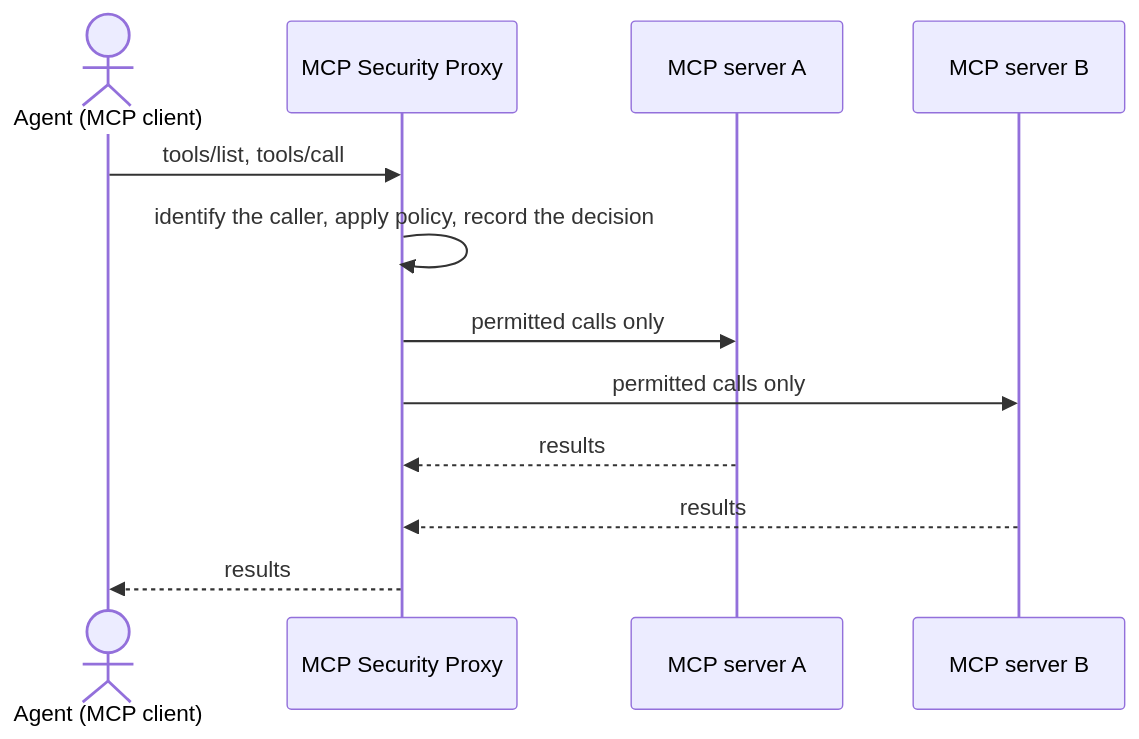
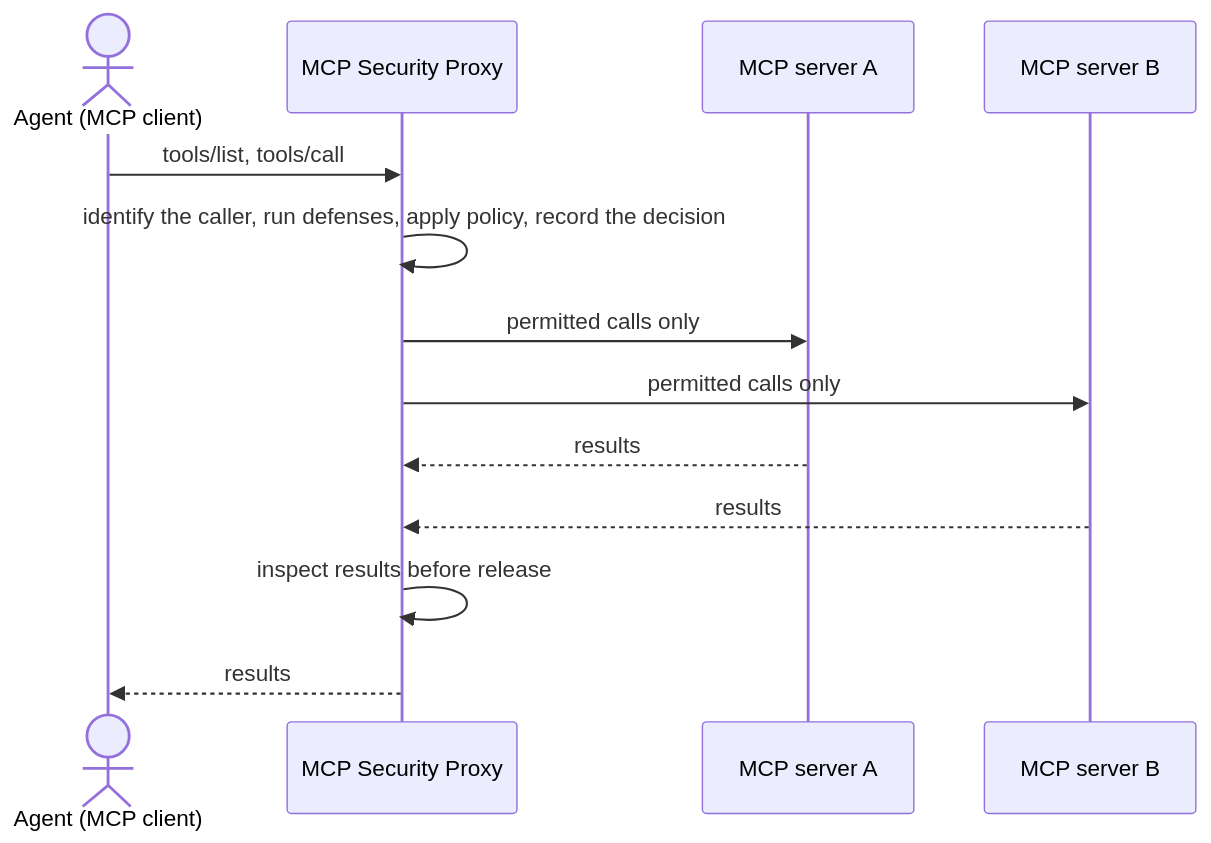
Before and after one commit to taha-kahya/mcp-security-proxy: the diagram in docs/index.md, drawn with Mermaid. The commit also changed other lines of this file and 4 other files, not shown here.

````diff
--- a/docs/index.md
+++ b/docs/index.md
@@ -7,15 +7,16 @@
 ```mermaid
 sequenceDiagram
     actor A as Agent (MCP client)
     participant P as MCP Security Proxy
     participant S1 as MCP server A
     participant S2 as MCP server B
 
     A->>P: tools/list, tools/call
-    P->>P: identify the caller, apply policy, record the decision
+    P->>P: identify the caller, run defenses, apply policy, record the decision
     P->>S1: permitted calls only
     P->>S2: permitted calls only
     S1-->>P: results
     S2-->>P: results
+    P->>P: inspect results before release
     P-->>A: results
 ```
````
